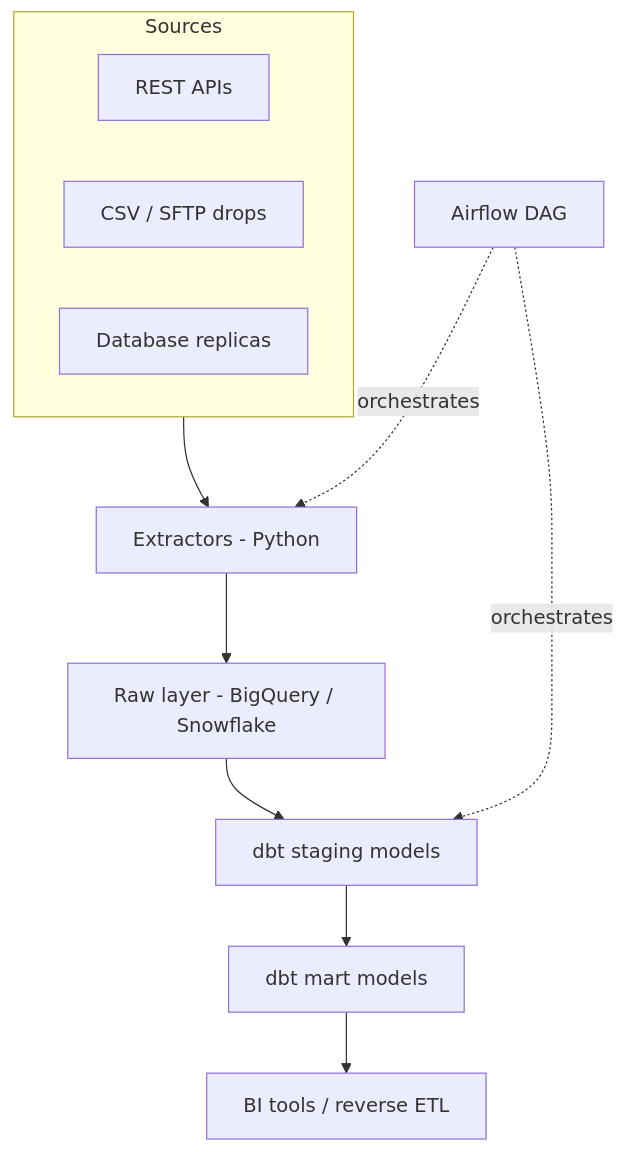
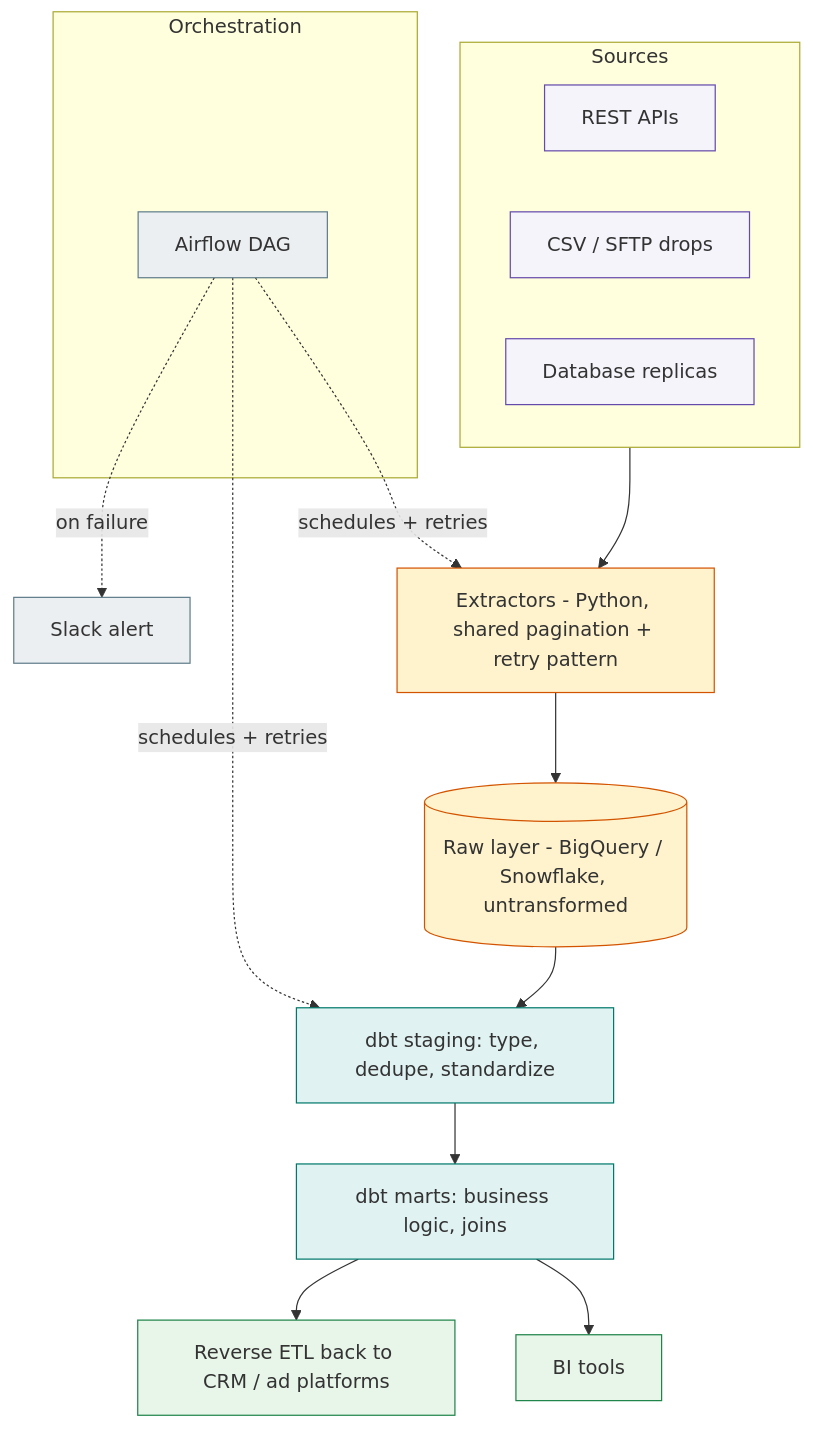
The diagram in README.md (iizmotabar/cloud-data-pipeline-framework), drawn with Mermaid before and after one commit. The commit also changed other lines of this file, not shown here.

Commit message:
Expand README with more detail and richer architecture diagram

````diff
--- a/README.md
+++ b/README.md
@@ -11,15 +11,34 @@
 ```mermaid
 flowchart TD
     subgraph Sources
         A1[REST APIs]
         A2[CSV / SFTP drops]
         A3[Database replicas]
     end
-    Sources --> B[Extractors - Python]
-    B --> C[Raw layer - BigQuery / Snowflake]
-    C --> D[dbt staging models]
-    D --> E[dbt mart models]
-    E --> F[BI tools / reverse ETL]
-    G[Airflow DAG] -.orchestrates.-> B
-    G -.orchestrates.-> D
+
+    Sources --> B[Extractors - Python, shared pagination + retry pattern]
+    B --> C[(Raw layer - BigQuery / Snowflake, untransformed)]
+    C --> D[dbt staging: type, dedupe, standardize]
+    D --> E[dbt marts: business logic, joins]
+    E --> F1[BI tools]
+    E --> F2[Reverse ETL back to CRM / ad platforms]
+
+    subgraph Orchestration
+        G[Airflow DAG]
+    end
+
+    G -.schedules + retries.-> B
+    G -.schedules + retries.-> D
+    G -.on failure.-> H[Slack alert]
+
+    classDef source fill:#F5F4FA,stroke:#644aab,color:#333
+    classDef extract fill:#fff3cd,stroke:#d35400,color:#333
+    classDef model fill:#e0f2f1,stroke:#00796b,color:#333
+    classDef output fill:#e8f5e9,stroke:#1e8449,color:#333
+    classDef orch fill:#eceff1,stroke:#607d8b,color:#333
+    class A1,A2,A3 source
+    class B,C extract
+    class D,E model
+    class F1,F2 output
+    class G,H orch
 ```
````
